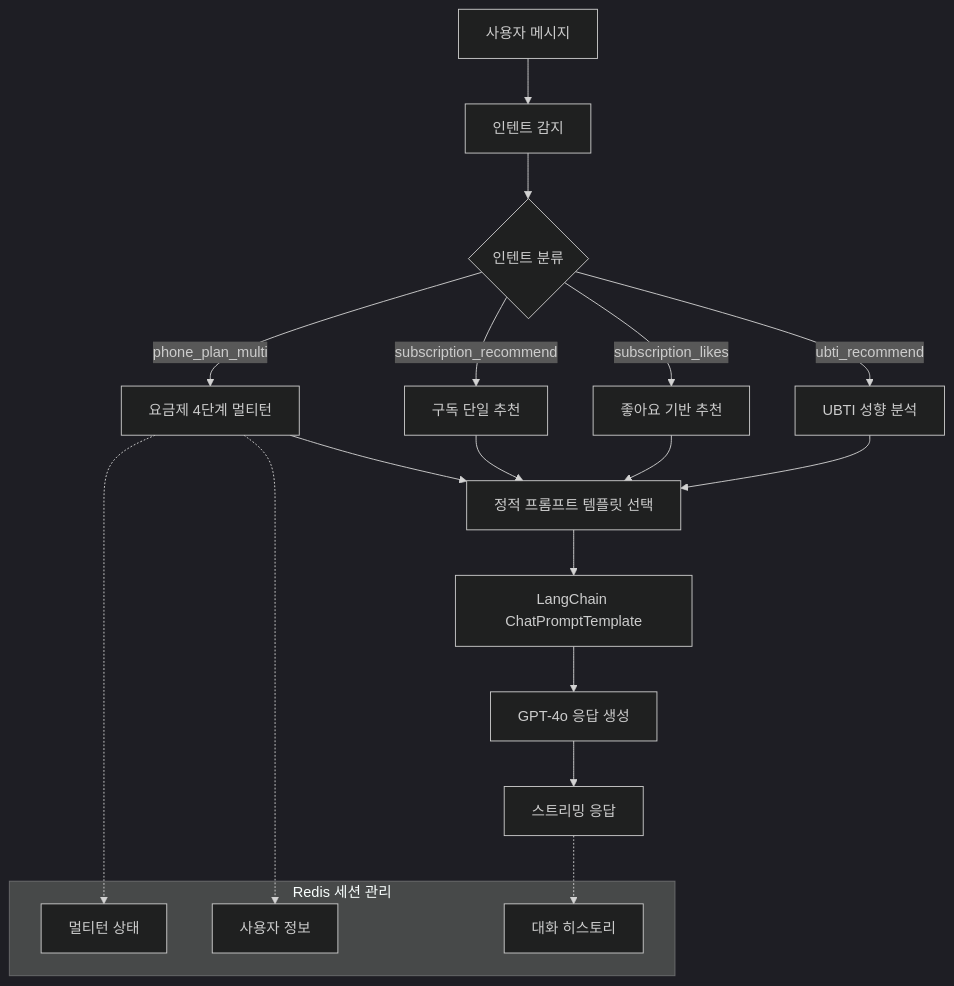
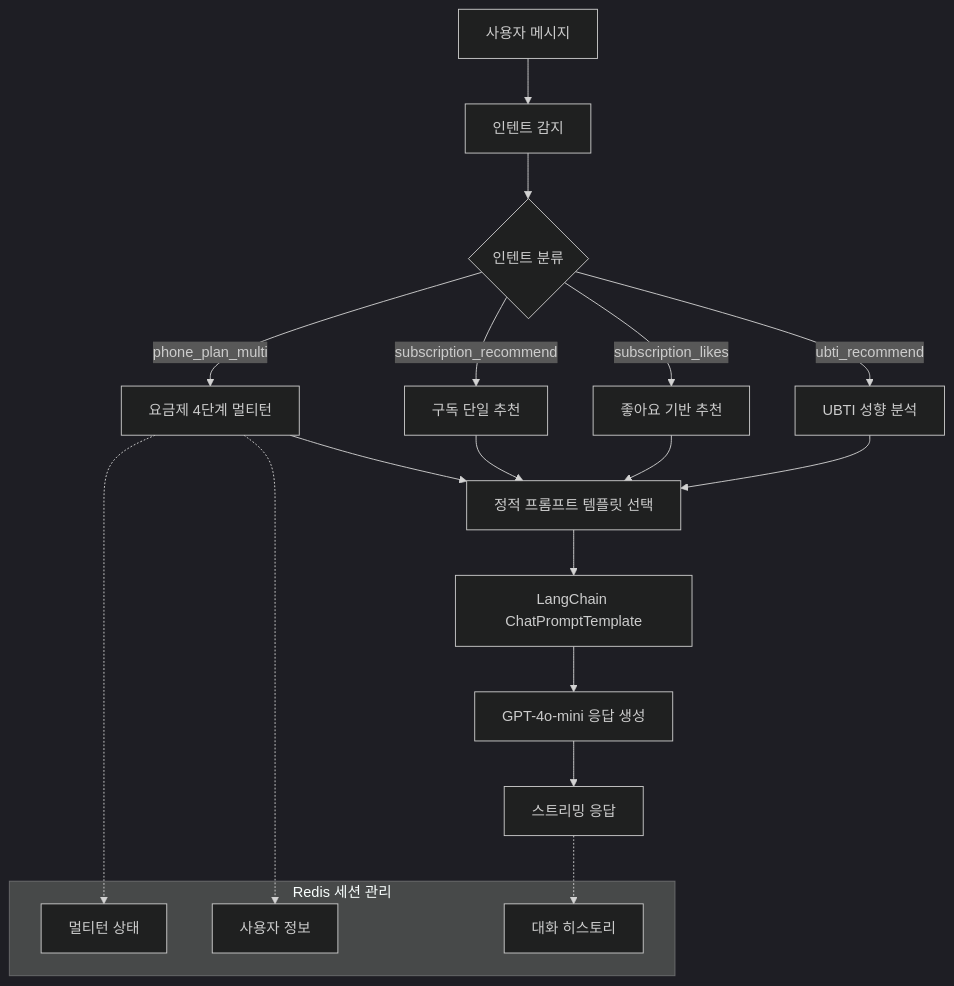
Before and after one commit to Ureca-Middle-Project-Team4/4EVER0-AI: the first of 6 diagrams in README.md, drawn with Mermaid (dark theme). The commit also changed other lines of this file, not shown here.

````diff
--- a/README.md
+++ b/README.md
@@ -25,29 +25,29 @@
 ```mermaid
 graph TD
     A[사용자 메시지] --> B[인텐트 감지]
     B --> C{인텐트 분류}
     
     C -->|phone_plan_multi| D[요금제 4단계 멀티턴]
     C -->|subscription_recommend| E[구독 단일 추천]
     C -->|subscription_likes| F[좋아요 기반 추천]
     C -->|ubti_recommend| G[UBTI 성향 분석]
     
     D --> H[정적 프롬프트 템플릿 선택]
     E --> H
     F --> H
     G --> H
     
     H --> I[LangChain ChatPromptTemplate]
-    I --> J[GPT-4o 응답 생성]
+    I --> J[GPT-4o-mini 응답 생성]
     J --> K[스트리밍 응답]
     
     subgraph "Redis 세션 관리"
         L[멀티턴 상태]
         M[사용자 정보]
         N[대화 히스토리]
     end
     
     D -.-> L
     D -.-> M
     K -.-> N
 ```
````
